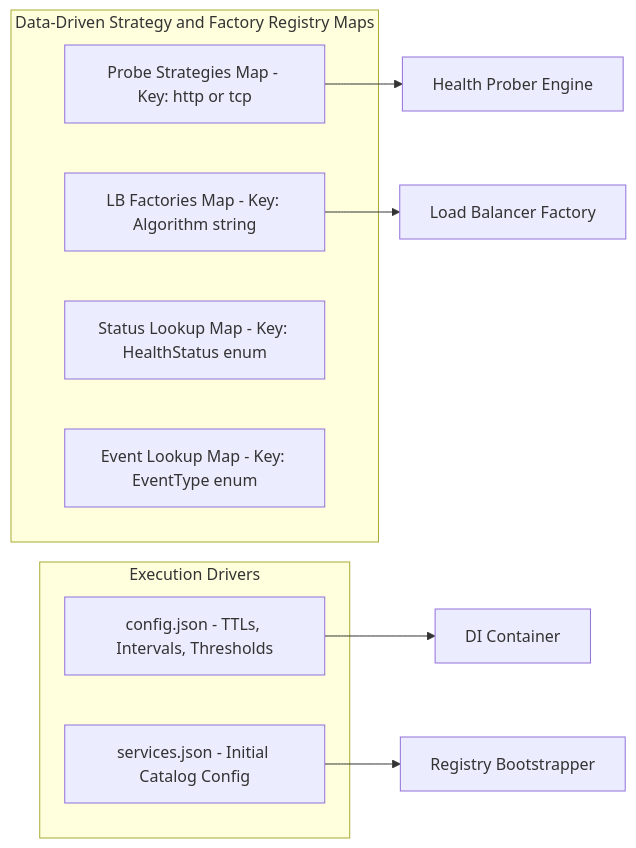
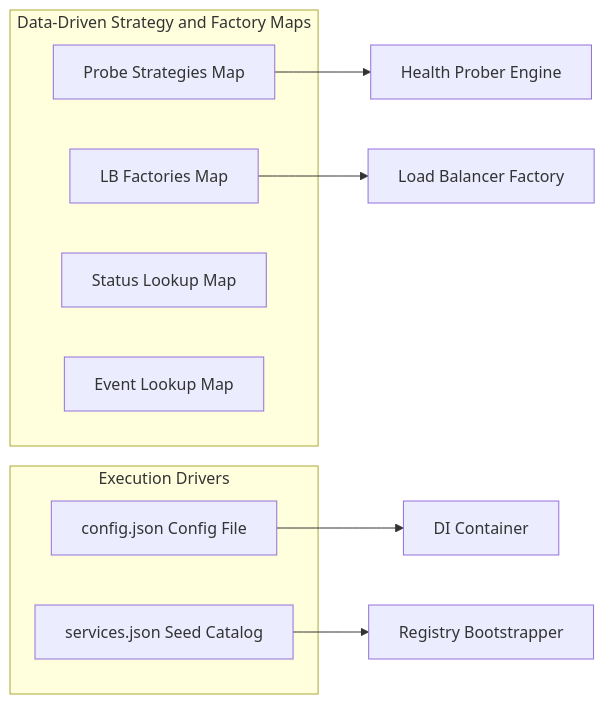
Before and after one commit to Chief-Strategist-J/llm-observability-platform: the sixth of 6 diagrams in packages/configs/llm-obs-infra/docs/architectureDoc/adr-0009-service-registry-and-discovery.md, drawn with Mermaid. The commit also changed other lines of this file, not shown here.

Commit message:
fix(docs): refactor Mermaid diagrams in ADR-0009 to eliminate subgraph cycle rendering errors

````diff
--- a/packages/configs/llm-obs-infra/docs/architectureDoc/adr-0009-service-registry-and-discovery.md
+++ b/packages/configs/llm-obs-infra/docs/architectureDoc/adr-0009-service-registry-and-discovery.md
@@ -472,19 +464,19 @@
 ```mermaid
 graph LR
-    subgraph StrategyMaps["Data-Driven Strategy and Factory Registry Maps"]
-        PStrategies["Probe Strategies Map - Key: http or tcp"]
-        LBFactories["LB Factories Map - Key: Algorithm string"]
-        StatusNames["Status Lookup Map - Key: HealthStatus enum"]
-        EventNames["Event Lookup Map - Key: EventType enum"]
+    subgraph StrategyMaps["Data-Driven Strategy and Factory Maps"]
+        PStrategies["Probe Strategies Map"]
+        LBFactories["LB Factories Map"]
+        StatusNames["Status Lookup Map"]
+        EventNames["Event Lookup Map"]
     end
 
     subgraph ExecutionDrivers["Execution Drivers"]
-        ConfigJSON["config.json - TTLs, Intervals, Thresholds"]
-        SeedJSON["services.json - Initial Catalog Config"]
+        ConfigJSON["config.json Config File"]
+        SeedJSON["services.json Seed Catalog"]
     end
 
     PStrategies --> HealthProberEngine["Health Prober Engine"]
     LBFactories --> LoadBalancerFactory["Load Balancer Factory"]
     ConfigJSON --> DIContainer["DI Container"]
     SeedJSON --> RegistryBootstrapper["Registry Bootstrapper"]
 ```
````
